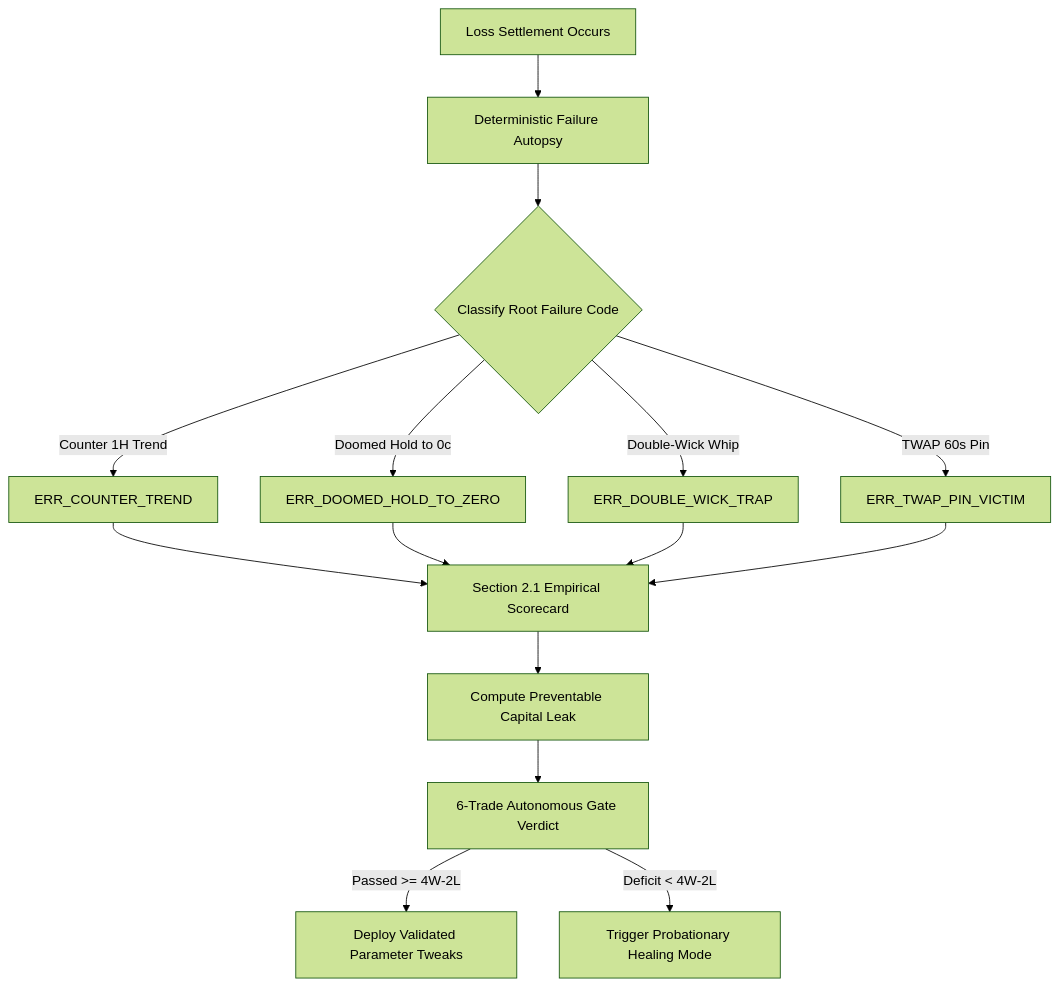
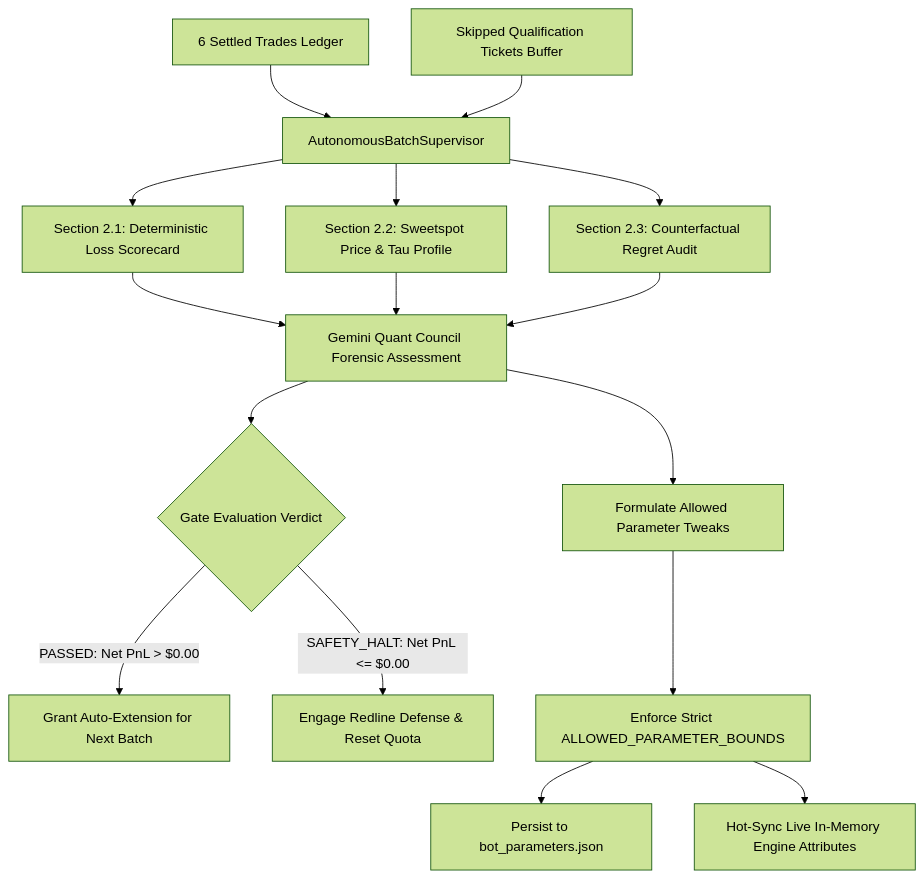
One commit to BinqQarenYu/Kalshi-Simulator changed the diagram in docs/10_AUTONOMY/AUDIT_LOOP.md. Above: the diagram before and after it, drawn with Mermaid (forest theme). The commit also changed other lines of this file and 2 other files, not shown here.

Commit message:
docs: complete comprehensive architecture documentation for One-Decision Sweet Spot and 6-trade assessment alignment

````diff
--- a/docs/10_AUTONOMY/AUDIT_LOOP.md
+++ b/docs/10_AUTONOMY/AUDIT_LOOP.md
@@ -10,16 +11,20 @@
 ```mermaid
 flowchart TD
-    TRADE_LOSS[Loss Settlement Occurs] --> AUTOPSY[Deterministic Failure Autopsy]
-    AUTOPSY --> CLASSIFY{Classify Root Failure Code}
+    SETTLE[6 Settled Trades Ledger] --> SUPERVISOR[AutonomousBatchSupervisor]
+    SKIPPED[Skipped Qualification Tickets Buffer] --> SUPERVISOR
     
-    CLASSIFY -->|Counter 1H Trend| C1[ERR_COUNTER_TREND]
-    CLASSIFY -->|Doomed Hold to 0c| C2[ERR_DOOMED_HOLD_TO_ZERO]
-    CLASSIFY -->|Double-Wick Whip| C3[ERR_DOUBLE_WICK_TRAP]
-    CLASSIFY -->|TWAP 60s Pin| C4[ERR_TWAP_PIN_VICTIM]
-
-    C1 & C2 & C3 & C4 --> SCORECARD[Section 2.1 Empirical Scorecard]
-    SCORECARD --> SALVAGE[Compute Preventable Capital Leak]
-    SALVAGE --> BATCH_AUDIT[6-Trade Autonomous Gate Verdict]
-    BATCH_AUDIT -->|Passed >= 4W-2L| PASS[Deploy Validated Parameter Tweaks]
-    BATCH_AUDIT -->|Deficit < 4W-2L| HEAL[Trigger Probationary Healing Mode]
+    SUPERVISOR --> S21[Section 2.1: Deterministic Loss Scorecard]
+    SUPERVISOR --> S22[Section 2.2: Sweetspot Price & Tau Profile]
+    SUPERVISOR --> S23[Section 2.3: Counterfactual Regret Audit]
+    
+    S21 & S22 & S23 --> GEMINI[Gemini Quant Council Forensic Assessment]
+    
+    GEMINI --> VERDICT{Gate Evaluation Verdict}
+    VERDICT -->|PASSED: Net PnL > $0.00| EXTEND[Grant Auto-Extension for Next Batch]
+    VERDICT -->|SAFETY_HALT: Net PnL <= $0.00| HALT[Engage Redline Defense & Reset Quota]
+    
+    GEMINI --> TWEAKS[Formulate Allowed Parameter Tweaks]
+    TWEAKS --> BOUNDS[Enforce Strict ALLOWED_PARAMETER_BOUNDS]
+    BOUNDS --> DISK[Persist to bot_parameters.json]
+    BOUNDS --> HOTSYNC[Hot-Sync Live In-Memory Engine Attributes]
 ```
````
